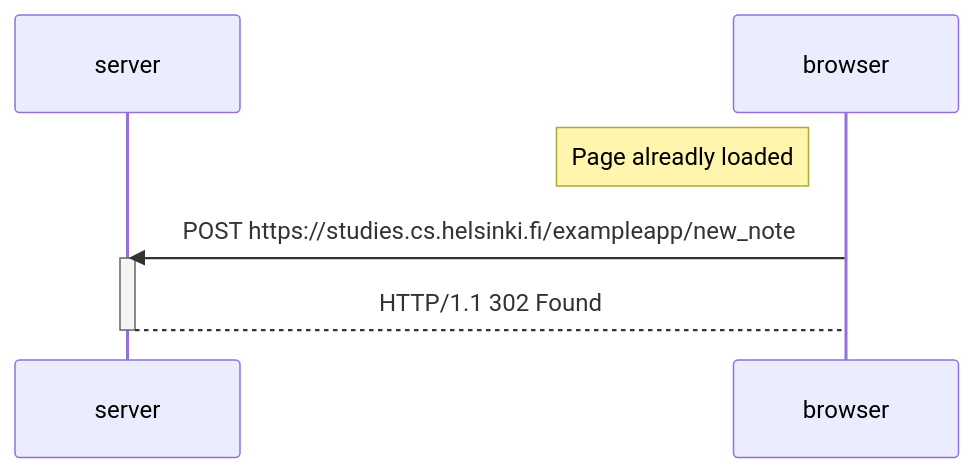
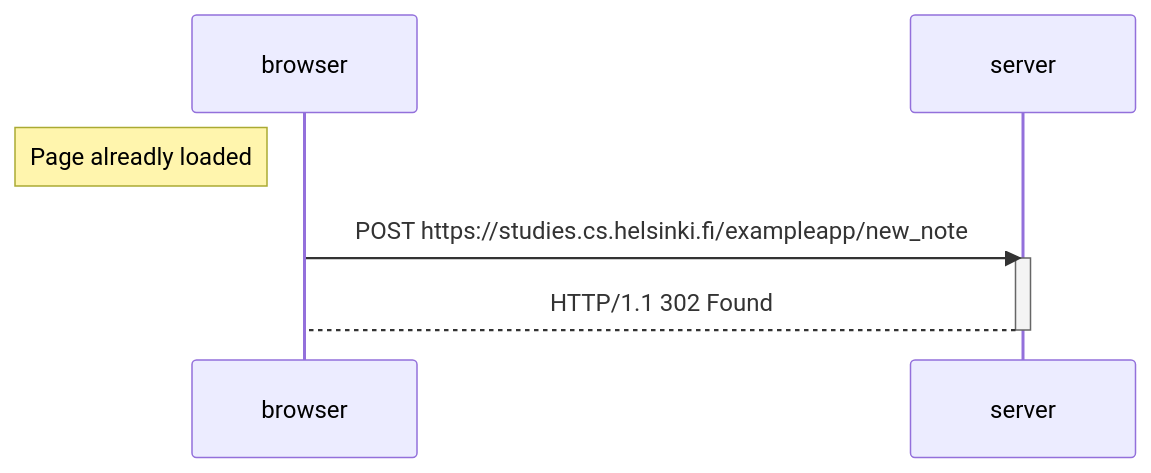
The diagram in part0/0.4-new-note-diagram.md (erdelp/fsopen-helsinki), drawn with Mermaid before and after one commit. The commit also changed other lines of this file, not shown here.

````diff
--- a/part0/0.4-new-note-diagram.md
+++ b/part0/0.4-new-note-diagram.md
@@ -1,13 +1,13 @@
 ```mermaid
 sequenceDiagram
+  participant browser
   participant server
-  participant browser
 
   Note left of browser: Page alreadly loaded
 
   browser->>server: POST https://studies.cs.helsinki.fi/exampleapp/new_note
   activate server
   server-->browser: HTTP/1.1 302 Found
   deactivate server
   
 ```
````
